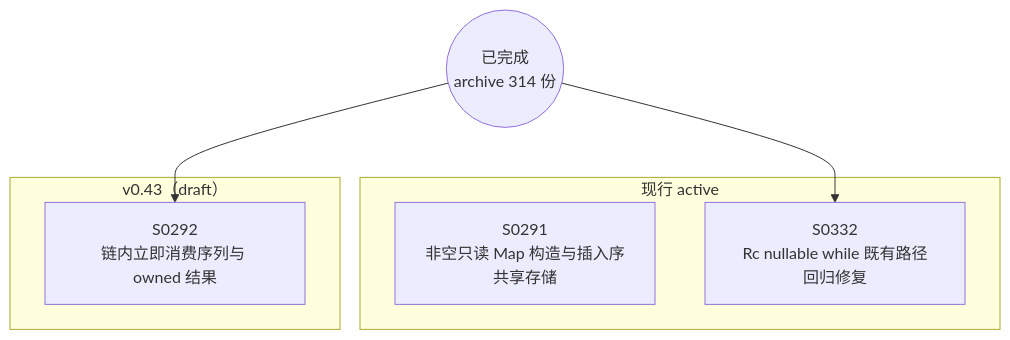
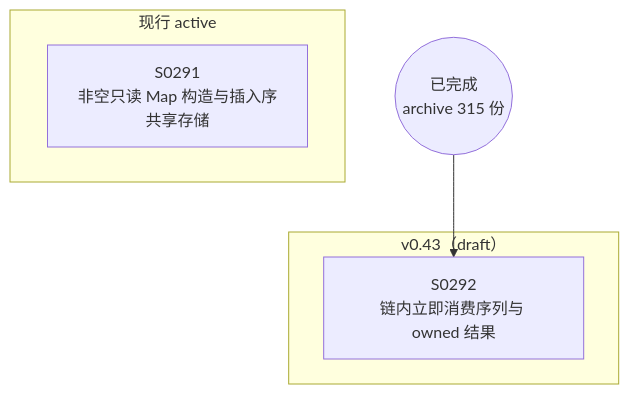
Before and after one commit to Halckon/Koven: the diagram in docs/specs/dependency-graph.md, drawn with Mermaid. The commit also changed other lines of this file and 10 other files, not shown here.

Commit message:
docs(spec0332): archive bounded Rc while regression recovery

````diff
--- a/docs/specs/dependency-graph.md
+++ b/docs/specs/dependency-graph.md
@@ -9,13 +9,11 @@
 ```mermaid
 flowchart TD
-ARCH(("已完成<br/>archive 314 份"))
+ARCH(("已完成<br/>archive 315 份"))
 subgraph Gactive["现行 active"]
   S0291["S0291<br/>非空只读 Map 构造与插入序共享存储"]
-  S0332["S0332<br/>Rc nullable while 既有路径回归修复"]
 end
 subgraph Gdrafts_v043["v0.43（draft）"]
   S0292["S0292<br/>链内立即消费序列与 owned 结果"]
 end
 ARCH --> S0292
-ARCH --> S0332
 ```
````
